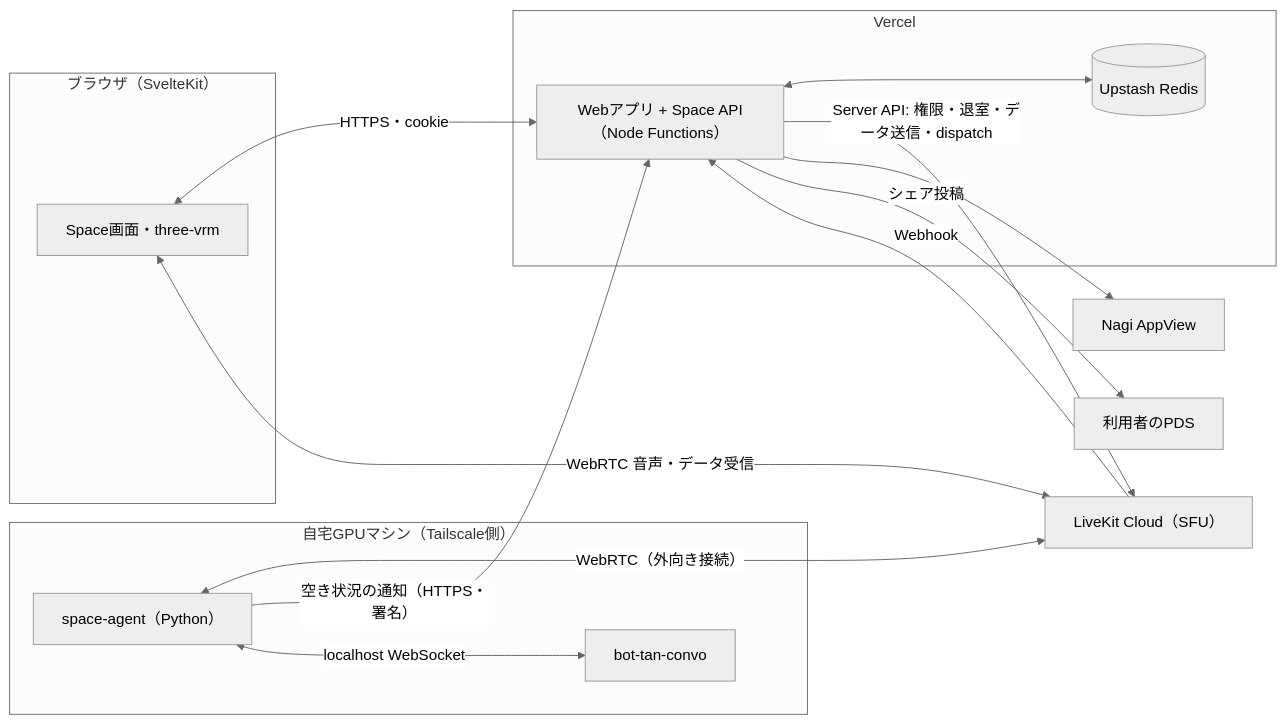
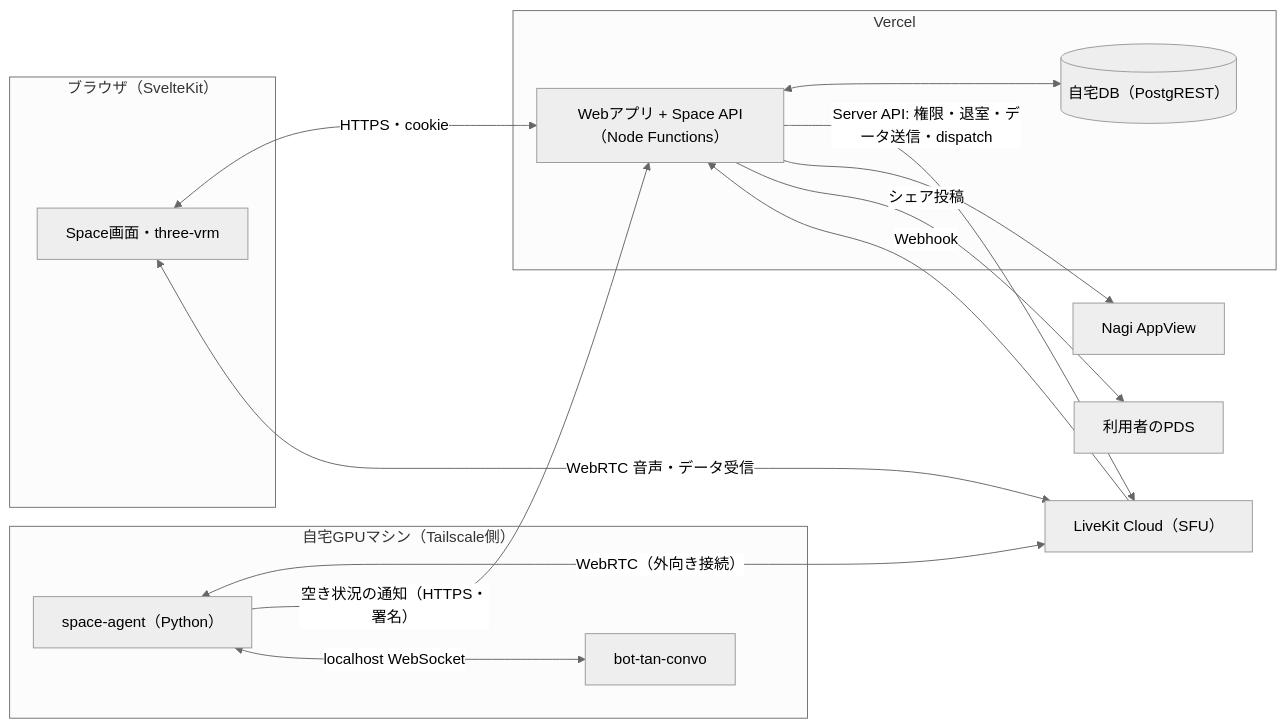
One commit to suibari/nagi_space changed the diagram in openspec/changes/nagi-space-initial/design.md. Above: the diagram before and after it, drawn with Mermaid (neutral theme). The commit also changed other lines of this file and 40 other files, not shown here.

First line of the commit message:
保存先をUpstash Redisから自宅DB（PostgREST）に切り替える（作業2.4）

````diff
--- a/openspec/changes/nagi-space-initial/design.md
+++ b/openspec/changes/nagi-space-initial/design.md
@@ -30,28 +30,28 @@
 ```mermaid
 flowchart LR
   subgraph Browser["ブラウザ（SvelteKit）"]
     UI["Space画面・three-vrm"]
   end
   subgraph Vercel["Vercel"]
     APP["Webアプリ + Space API（Node Functions）"]
-    REDIS[("Upstash Redis")]
+    REDIS[("自宅DB（PostgREST）")]
   end
   LK["LiveKit Cloud（SFU）"]
   subgraph Home["自宅GPUマシン（Tailscale側）"]
     AGENT["space-agent（Python）"]
     CONVO["bot-tan-convo"]
   end
   AppView["Nagi AppView"]
   PDS["利用者のPDS"]
 
   UI <-->|"HTTPS・cookie"| APP
   UI <-->|"WebRTC 音声・データ受信"| LK
   APP <--> REDIS
   APP -->|"Server API: 権限・退室・データ送信・dispatch"| LK
   LK -->|"Webhook"| APP
   AGENT <-->|"WebRTC（外向き接続）"| LK
   AGENT -->|"空き状況の通知（HTTPS・署名）"| APP
   AGENT <-->|"localhost WebSocket"| CONVO
   APP --> AppView
   APP -->|"シェア投稿"| PDS
 ```
````
